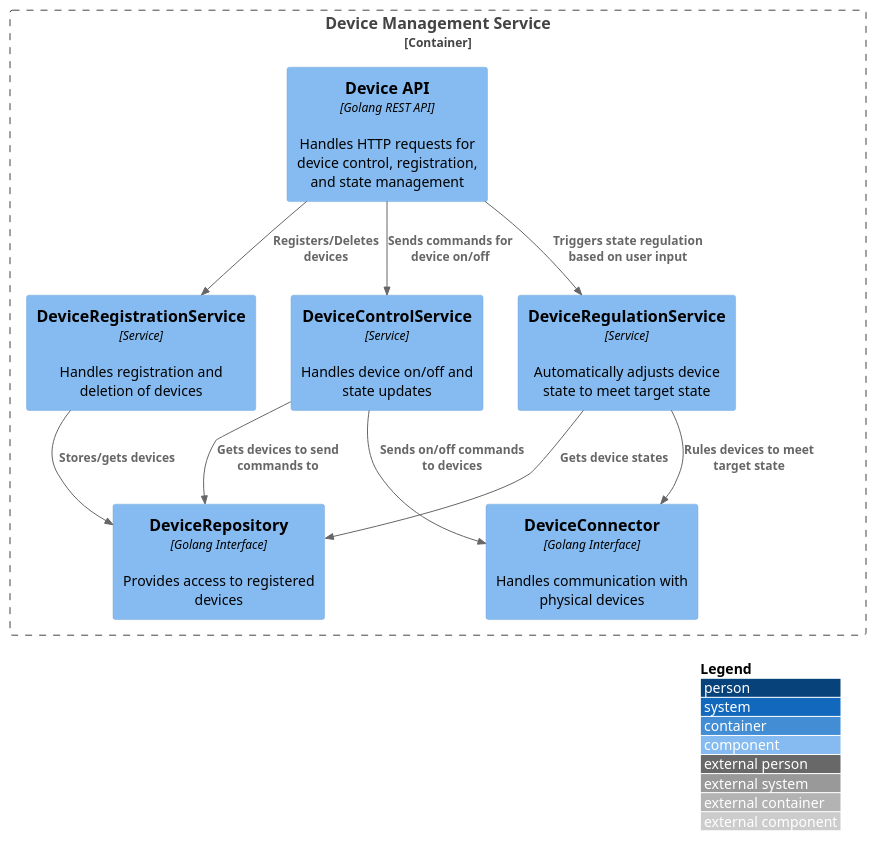
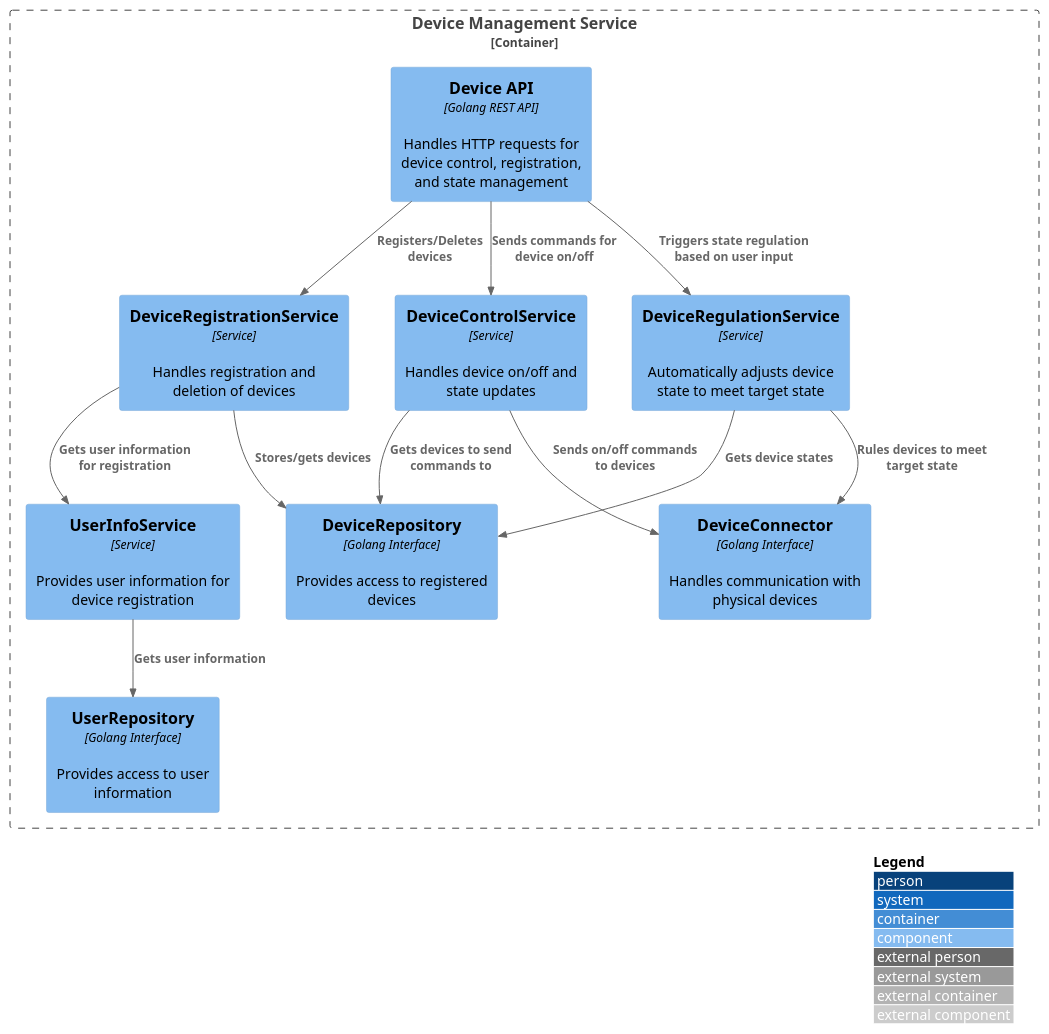
One commit to vladmsnk/microservices changed the diagram in diagrams/device_control_component_diagram.puml. Above: the diagram before and after it, drawn with PlantUML. The commit also changed 17 other files, not shown here.

```diff
--- a/diagrams/device_control_component_diagram.puml
+++ b/diagrams/device_control_component_diagram.puml
@@ -1,24 +1,29 @@
 @startuml
 !include https://raw.githubusercontent.com/plantuml-stdlib/C4-PlantUML/master/C4_Component.puml
 
 LAYOUT_WITH_LEGEND()
 
 Container_Boundary(deviceService, "Device Management Service") {
     Component(api, "Device API", "Golang REST API", "Handles HTTP requests for device control, registration, and state management")
     Component(deviceRegistrationService, "DeviceRegistrationService", "Service", "Handles registration and deletion of devices")
     Component(deviceControlService, "DeviceControlService", "Service", "Handles device on/off and state updates")
     Component(deviceRegulationService, "DeviceRegulationService", "Service", "Automatically adjusts device state to meet target state")
     Component(deviceRepository, "DeviceRepository", "Golang Interface", "Provides access to registered devices")
     Component(deviceConnector, "DeviceConnector", "Golang Interface", "Handles communication with physical devices")
+
+    Component(userInfoService, "UserInfoService", "Service", "Provides user information for device registration")
+    Component(userRepository, "UserRepository", "Golang Interface", "Provides access to user information")
 }
 
 Rel(api, deviceRegistrationService, "Registers/Deletes devices")
 Rel(api, deviceControlService, "Sends commands for device on/off")
 Rel(api, deviceRegulationService, "Triggers state regulation based on user input")
 Rel(deviceRegistrationService, deviceRepository, "Stores/gets devices")
 Rel(deviceControlService, deviceRepository, "Gets devices to send commands to")
 Rel(deviceControlService, deviceConnector, "Sends on/off commands to devices")
 Rel(deviceRegulationService, deviceRepository, "Gets device states")
 Rel(deviceRegulationService, deviceConnector, "Rules devices to meet target state")
+Rel(userInfoService, userRepository, "Gets user information")
+Rel(deviceRegistrationService, userInfoService, "Gets user information for registration")
 
 @enduml
```
